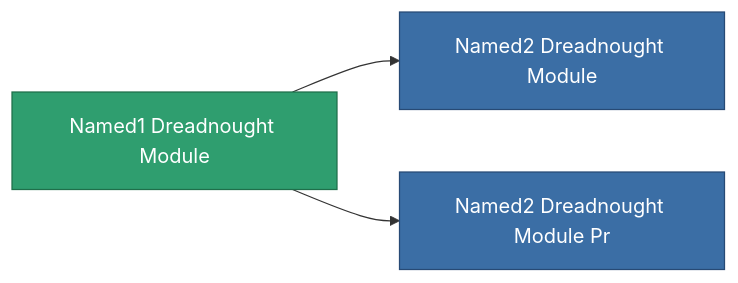
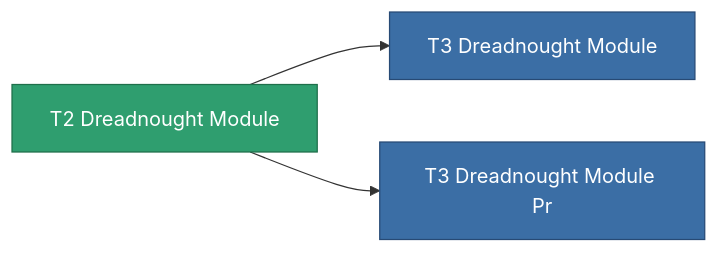
The diagram in content/content/items/named1_dreadnought_module.md (OpenPerpetuum/Wiki), drawn with Mermaid before and after one commit. The commit also changed other lines of this file and 4904 other files, not shown here.

````diff
--- a/content/content/items/named1_dreadnought_module.md
+++ b/content/content/items/named1_dreadnought_module.md
@@ -63,13 +51,13 @@
 ```mermaid
 graph LR
-    a["Named1 Dreadnought Module"]:::current
-    b["Named2 Dreadnought Module"]:::prod
+    a["T2 Dreadnought Module"]:::current
+    b["T3 Dreadnought Module"]:::prod
     a --> b
-    click b "/content/items/named2-dreadnought-module/" "Named2 Dreadnought Module"
-    c["Named2 Dreadnought Module Pr"]:::prod
+    click b "/content/items/named2-dreadnought-module/" "T3 Dreadnought Module"
+    c["T3 Dreadnought Module Pr"]:::prod
     a --> c
-    click c "/content/items/named2-dreadnought-module-pr/" "Named2 Dreadnought Module Pr"
+    click c "/content/items/named2-dreadnought-module-pr/" "T3 Dreadnought Module Pr"
     classDef current fill:#2f9e6f,stroke:#1f6f4a,color:#ffffff
     classDef prod fill:#3b6ea5,stroke:#274a75,color:#ffffff
     classDef more fill:#39445a,stroke:#54658a,color:#d5dbe8
 ```
````
